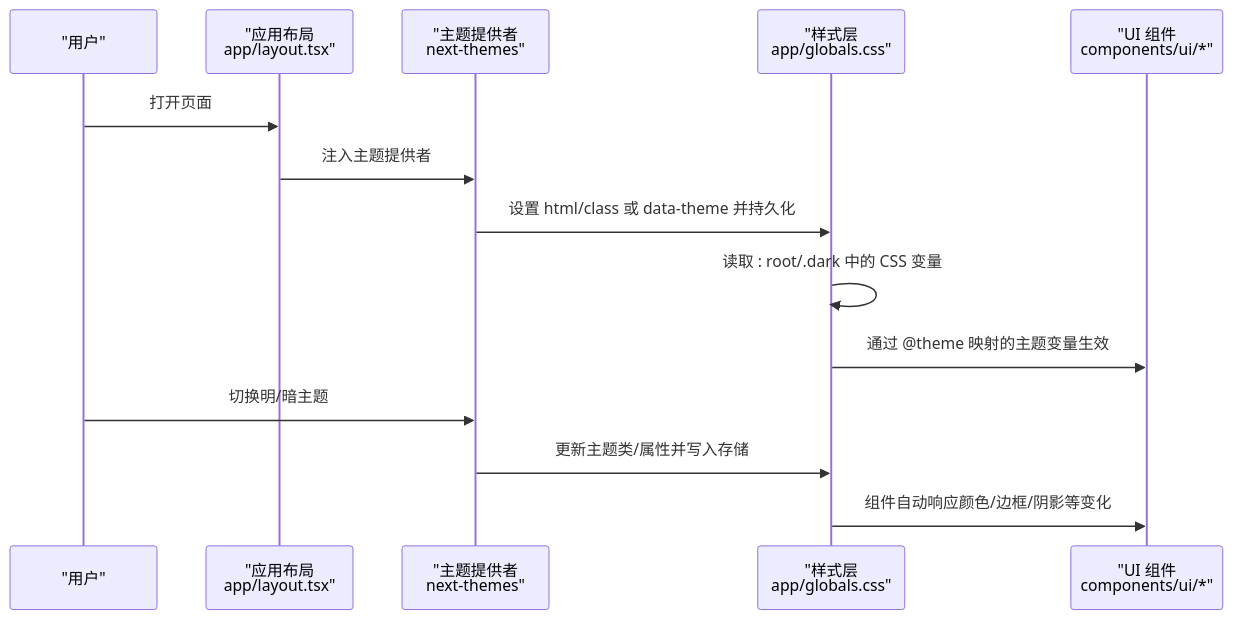
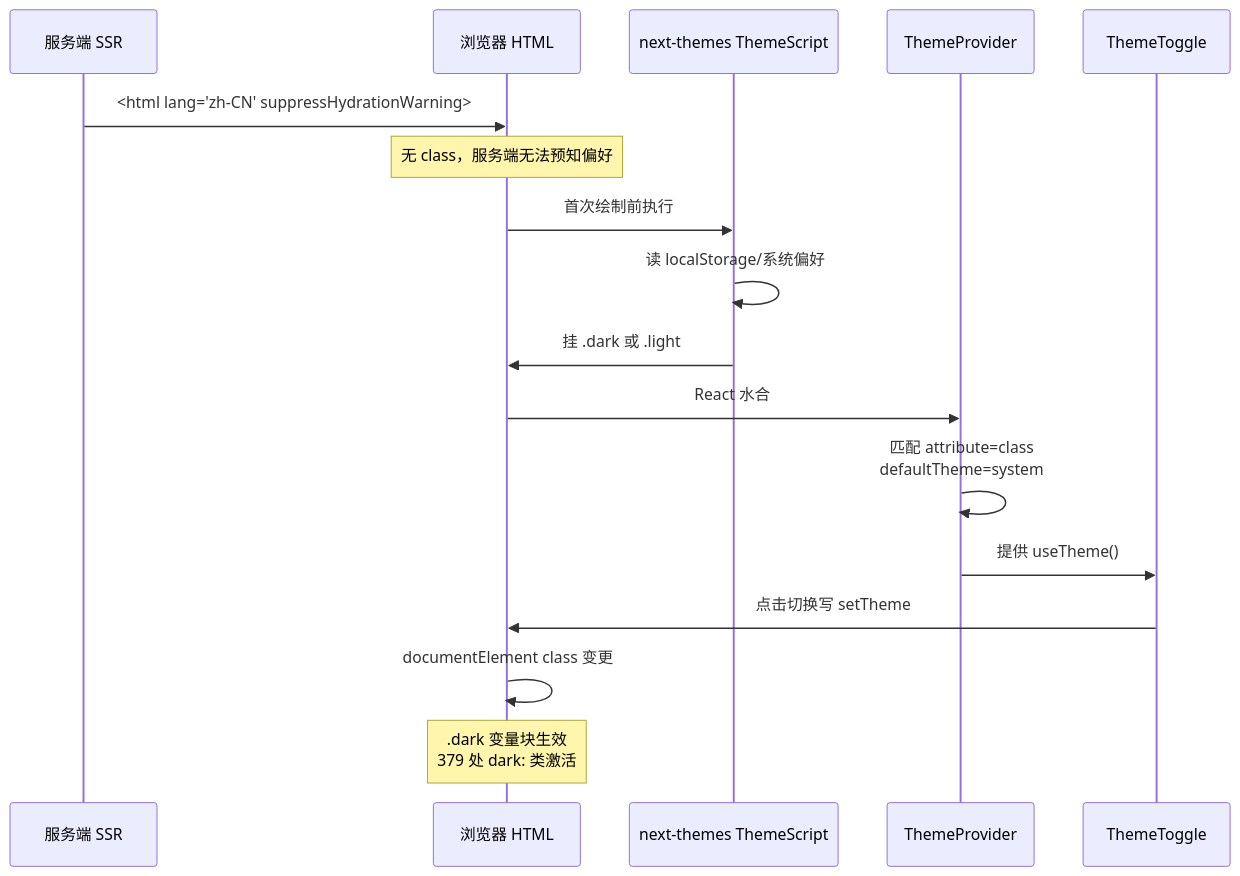
One commit to x01n/dnsplane changed the second of 4 diagrams in docs/前端开发指南/响应式设计与主题.md. Above: the diagram before and after it, drawn with Mermaid. The commit also changed other lines of this file and 326 other files, not shown here.

````diff
--- a/docs/前端开发指南/响应式设计与主题.md
+++ b/docs/前端开发指南/响应式设计与主题.md
@@ -81,16 +146,19 @@
 ```mermaid
 sequenceDiagram
-participant U as "用户"
-participant L as "应用布局<br/>app/layout.tsx"
-participant T as "主题提供者<br/>next-themes"
-participant S as "样式层<br/>app/globals.css"
-participant C as "UI 组件<br/>components/ui/*"
-U->>L : 打开页面
-L->>T : 注入主题提供者
-T->>S : 设置 html/class 或 data-theme 并持久化
-S->>S : 读取 : root/.dark 中的 CSS 变量
-S->>C : 通过 @theme 映射的主题变量生效
-U->>T : 切换明/暗主题
-T->>S : 更新主题类/属性并写入存储
-S->>C : 组件自动响应颜色/边框/阴影等变化
+participant Srv as 服务端 SSR
+participant HTML as 浏览器 HTML
+participant Script as next-themes ThemeScript
+participant Prov as ThemeProvider
+participant Toggle as ThemeToggle
+Srv->>HTML: <html lang="zh-CN" suppressHydrationWarning>
+Note over HTML: 无 class，服务端无法预知偏好
+HTML->>Script: 首次绘制前执行
+Script->>Script: 读 localStorage/系统偏好
+Script->>HTML: 挂 .dark 或 .light
+HTML->>Prov: React 水合
+Prov->>Prov: 匹配 attribute=class<br/>defaultTheme=system
+Prov->>Toggle: 提供 useTheme()
+Toggle->>HTML: 点击切换写 setTheme
+HTML->>HTML: documentElement class 变更
+Note over HTML: .dark 变量块生效<br/>379 处 dark: 类激活
 ```
````
